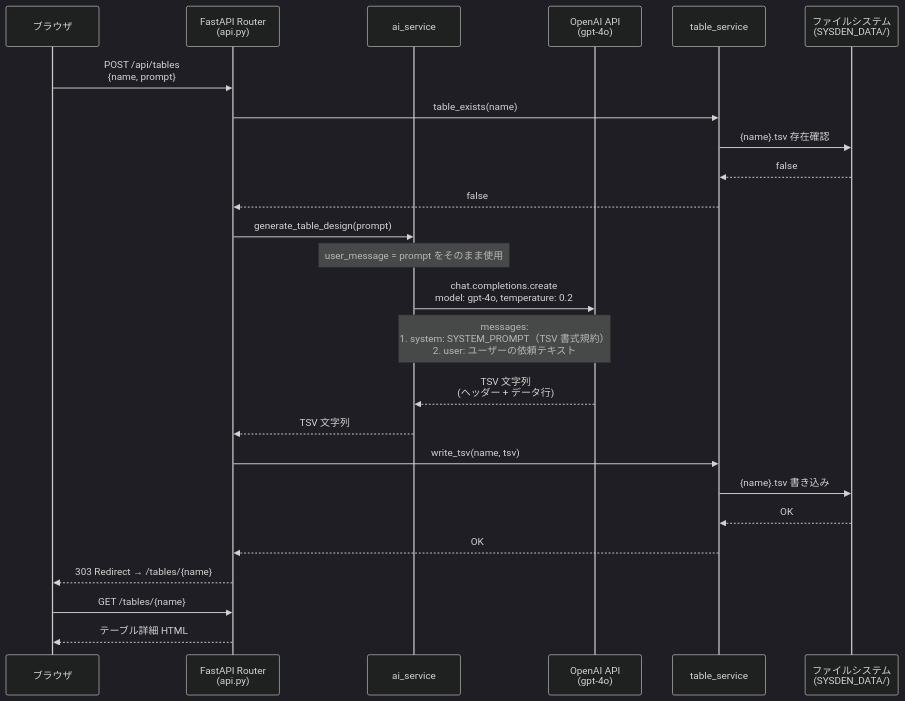
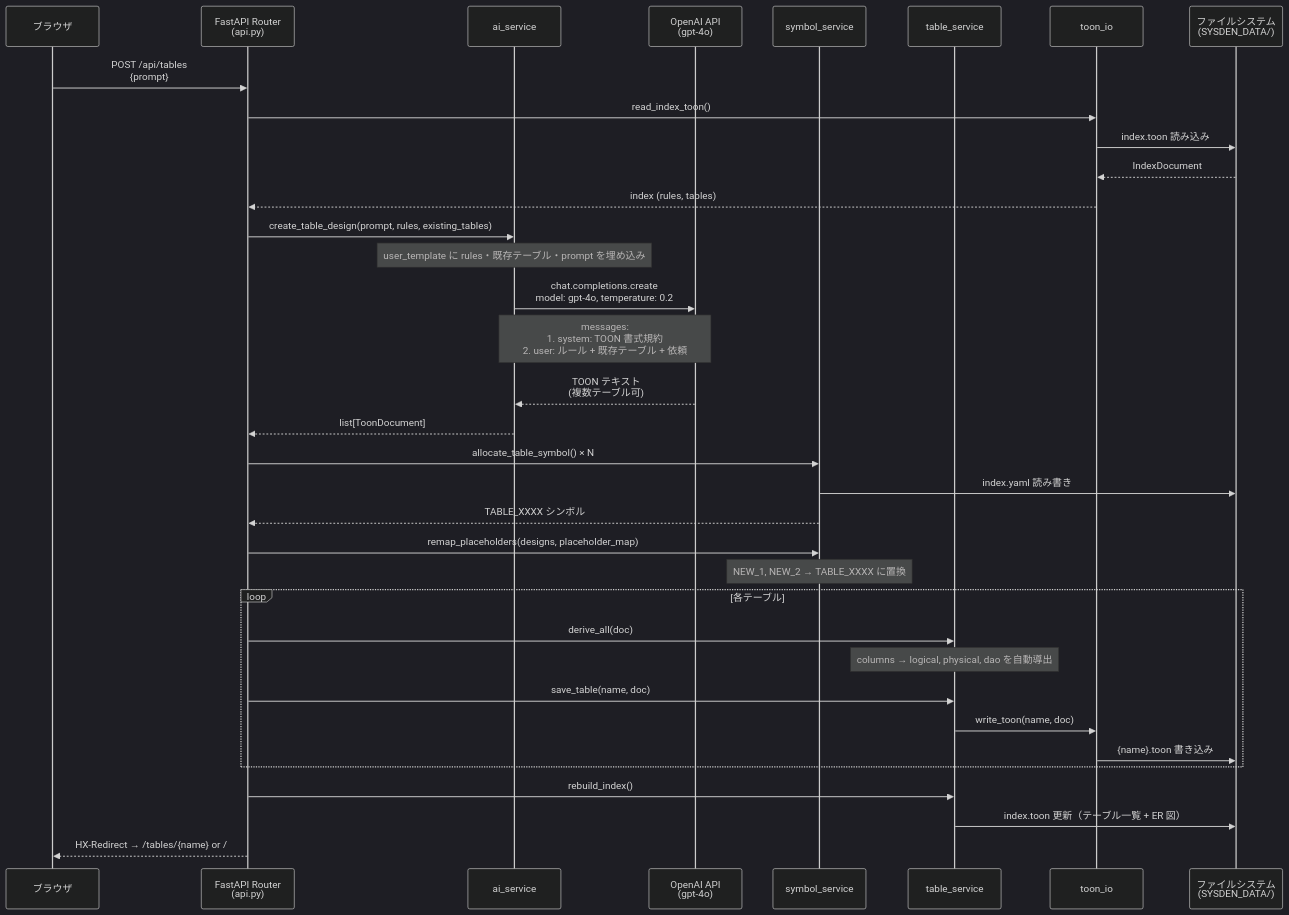
The first of 2 diagrams in docs/table-design-flow.md (YTommy109/sysden), drawn with Mermaid (dark theme) before and after one commit. The commit also changed other lines of this file and 20 other files, not shown here.

````diff
--- a/docs/table-design-flow.md
+++ b/docs/table-design-flow.md
@@ -13,33 +13,46 @@
 ```mermaid
 sequenceDiagram
     participant B as ブラウザ
     participant R as FastAPI Router<br>(api.py)
     participant AI as ai_service
     participant LLM as OpenAI API<br>(gpt-4o)
+    participant SYM as symbol_service
     participant TS as table_service
+    participant TOON as toon_io
     participant FS as ファイルシステム<br>(SYSDEN_DATA/)
 
-    B->>R: POST /api/tables<br>{name, prompt}
-    R->>TS: table_exists(name)
-    TS->>FS: {name}.tsv 存在確認
-    FS-->>TS: false
-    TS-->>R: false
+    B->>R: POST /api/tables<br>{prompt}
+    R->>TOON: read_index_toon()
+    TOON->>FS: index.toon 読み込み
+    FS-->>TOON: IndexDocument
+    TOON-->>R: index (rules, tables)
 
-    R->>AI: generate_table_design(prompt)
-    Note over AI: user_message = prompt をそのまま使用
+    R->>AI: create_table_design(prompt, rules, existing_tables)
+    Note over AI: user_template に rules・既存テーブル・prompt を埋め込み
 
     AI->>LLM: chat.completions.create<br>model: gpt-4o, temperature: 0.2
-    Note over AI,LLM: messages:<br>1. system: SYSTEM_PROMPT（TSV 書式規約）<br>2. user: ユーザーの依頼テキスト
+    Note over AI,LLM: messages:<br>1. system: TOON 書式規約<br>2. user: ルール + 既存テーブル + 依頼
 
-    LLM-->>AI: TSV 文字列<br>(ヘッダー + データ行)
-    AI-->>R: TSV 文字列
+    LLM-->>AI: TOON テキスト<br>(複数テーブル可)
+    AI-->>R: list[ToonDocument]
 
-    R->>TS: write_tsv(name, tsv)
-    TS->>FS: {name}.tsv 書き込み
-    FS-->>TS: OK
-    TS-->>R: OK
+    R->>SYM: allocate_table_symbol() × N
+    SYM->>FS: index.yaml 読み書き
+    SYM-->>R: TABLE_XXXX シンボル
 
-    R-->>B: 303 Redirect → /tables/{name}
-    B->>R: GET /tables/{name}
-    R-->>B: テーブル詳細 HTML
+    R->>SYM: remap_placeholders(designs, placeholder_map)
+    Note over SYM: NEW_1, NEW_2 → TABLE_XXXX に置換
+
+    loop 各テーブル
+        R->>TS: derive_all(doc)
+        Note over TS: columns → logical, physical, dao を自動導出
+        R->>TS: save_table(name, doc)
+        TS->>TOON: write_toon(name, doc)
+        TOON->>FS: {name}.toon 書き込み
+    end
+
+    R->>TS: rebuild_index()
+    TS->>FS: index.toon 更新（テーブル一覧 + ER 図）
+
+    R-->>B: HX-Redirect → /tables/{name} or /
 ```
````
